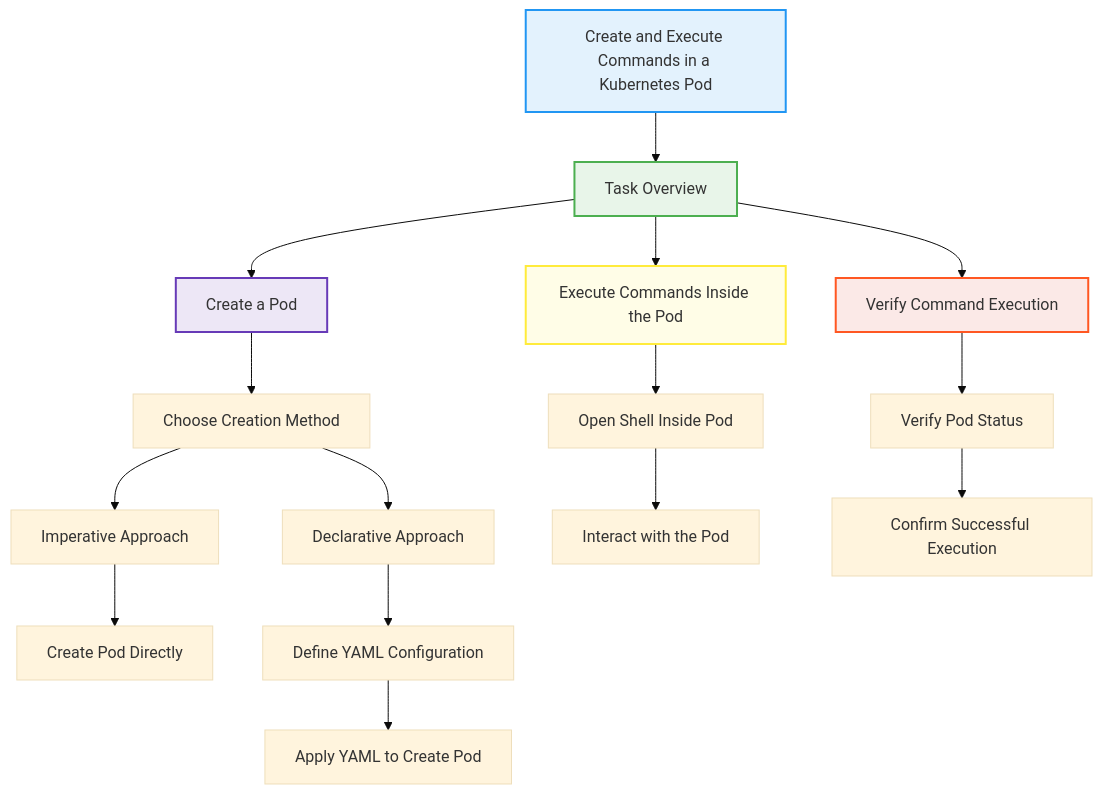
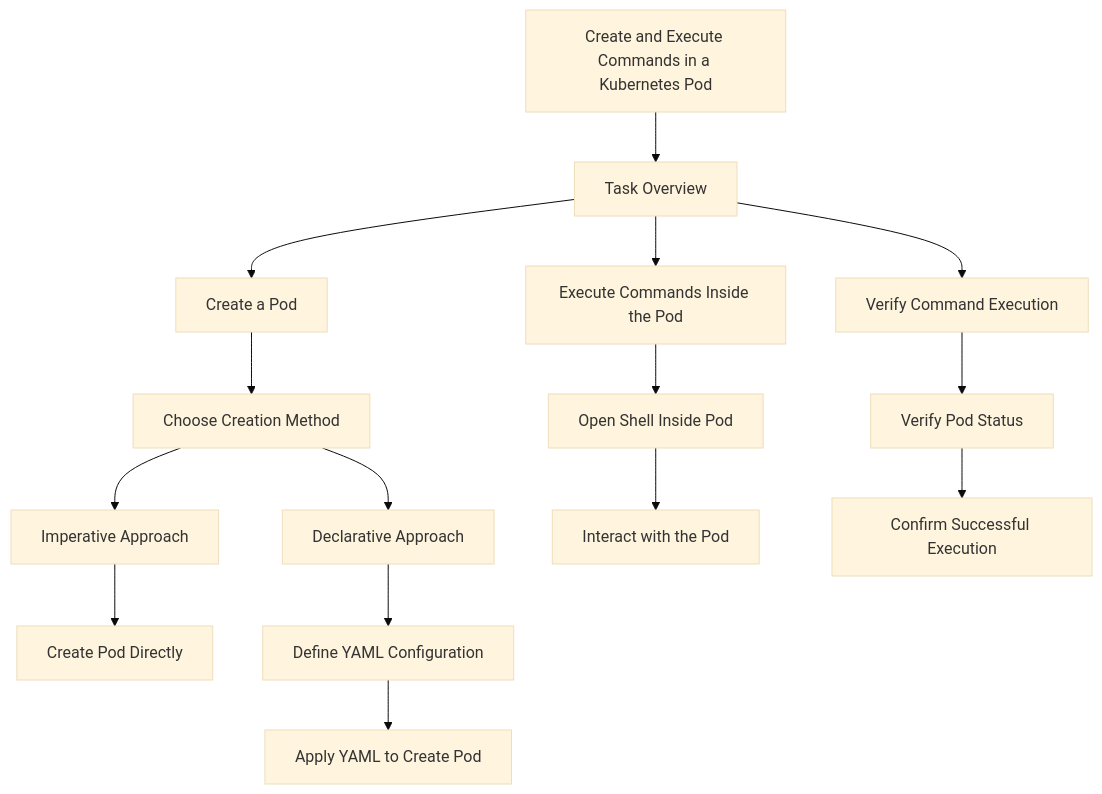
One commit to TheToriqul/k8s-pod-commands changed the diagram in README.md. Above: the diagram before and after it, drawn with Mermaid (base theme). The commit also changed 1 other file, not shown here.

Commit message:
chore: chart updated

````diff
--- a/README.md
+++ b/README.md
@@ -16,27 +16,21 @@
 ```mermaid
 flowchart TD
     A[Create and Execute Commands in a Kubernetes Pod] --> B[Task Overview]
     B --> C[Create a Pod]
     B --> D[Execute Commands Inside the Pod]
     B --> E[Verify Command Execution]
 
     C --> F[Choose Creation Method]
     F --> G[Imperative Approach]
     F --> H[Declarative Approach]
 
     G --> I[Create Pod Directly]
     H --> J[Define YAML Configuration]
     J --> K[Apply YAML to Create Pod]
 
     D --> L[Open Shell Inside Pod]
     L --> M[Interact with the Pod]
 
     E --> N[Verify Pod Status]
     N --> O[Confirm Successful Execution]
-
-    style A fill:#e3f2fd,stroke:#2196f3,stroke-width:2px;
-    style B fill:#e8f5e9,stroke:#4caf50,stroke-width:2px;
-    style C fill:#ede7f6,stroke:#673ab7,stroke-width:2px;
-    style D fill:#fffde7,stroke:#ffeb3b,stroke-width:2px;
-    style E fill:#fbe9e7,stroke:#ff5722,stroke-width:2px;
 ```
````
